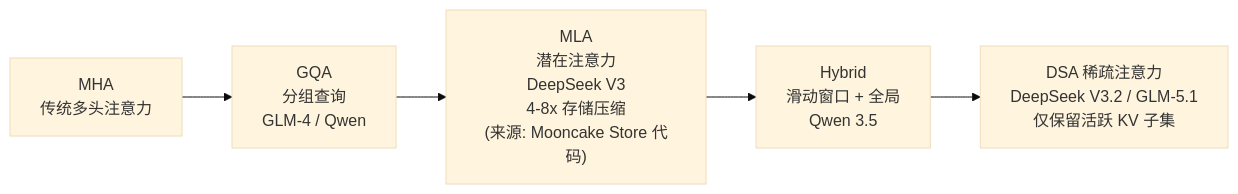
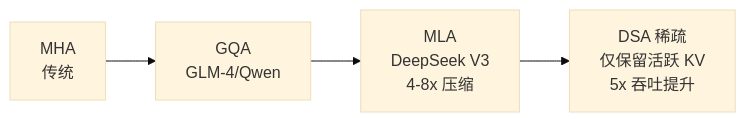
One commit to QJWang23/Mooncake changed the fifth of 10 diagrams in docs/superpowers/briefings/2026-06-11-distributed-kvcache-executive-briefing.md. Above: the diagram before and after it, drawn with Mermaid (base theme). The commit also changed other lines of this file, not shown here.

````diff
--- a/docs/superpowers/briefings/2026-06-11-distributed-kvcache-executive-briefing.md
+++ b/docs/superpowers/briefings/2026-06-11-distributed-kvcache-executive-briefing.md
@@ -225,7 +187,6 @@
 ```mermaid
 graph LR
-    MHA["MHA<br/>传统多头注意力"] --> GQA["GQA<br/>分组查询<br/>GLM-4 / Qwen"]
-    GQA --> MLA["MLA<br/>潜在注意力<br/>DeepSeek V3<br/>4-8x 存储压缩<br/>(来源: Mooncake Store 代码)"]
-    MLA --> HYBRID["Hybrid<br/>滑动窗口 + 全局<br/>Qwen 3.5"]
-    HYBRID --> DSA["DSA 稀疏注意力<br/>DeepSeek V3.2 / GLM-5.1<br/>仅保留活跃 KV 子集"]
+    MHA["MHA<br/>传统"] --> GQA["GQA<br/>GLM-4/Qwen"]
+    GQA --> MLA["MLA<br/>DeepSeek V3<br/>4-8x 压缩"]
+    MLA --> DSA["DSA 稀疏<br/>仅保留活跃 KV<br/>5x 吞吐提升"]
 ```
````
